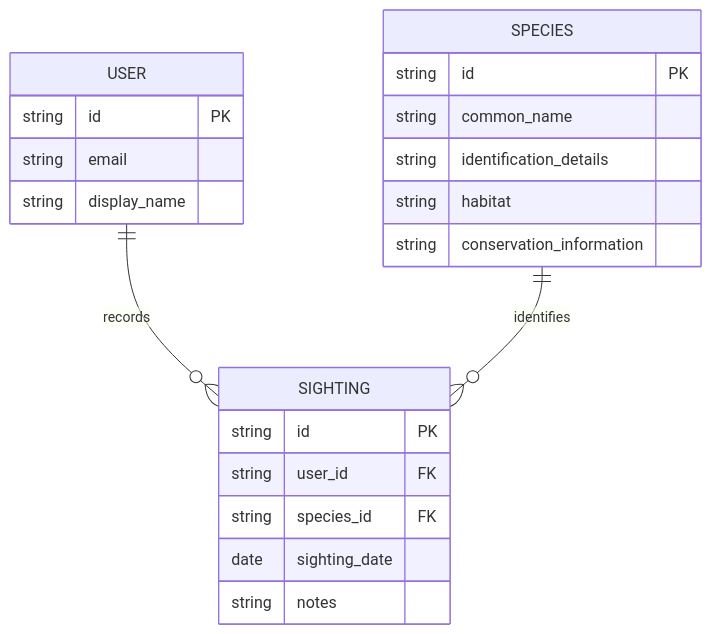
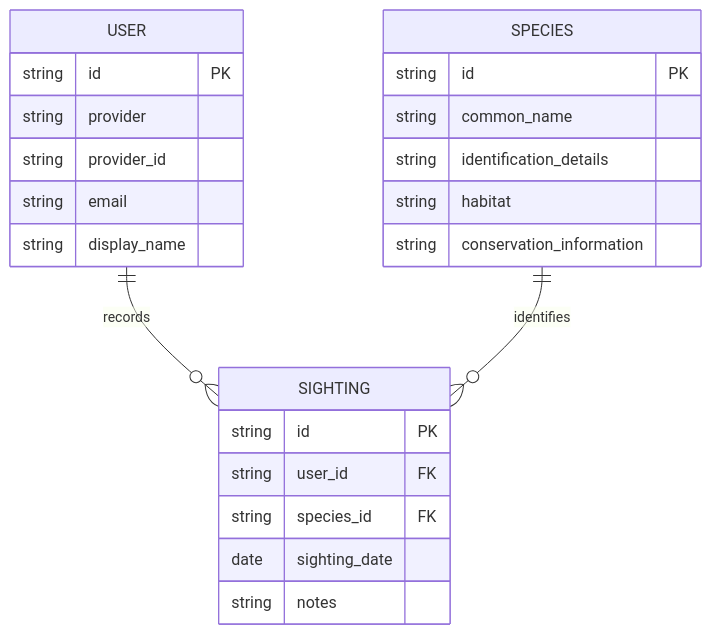
The diagram in docs/erd.md (cst-438-p3-g5/sea-animal-discovery), drawn with Mermaid before and after one commit. The commit also changed 6 other files, not shown here.

````diff
--- a/docs/erd.md
+++ b/docs/erd.md
@@ -2,27 +2,29 @@
 ```mermaid
 erDiagram
     USER ||--o{ SIGHTING : records
     SPECIES ||--o{ SIGHTING : identifies
 
     USER {
         string id PK
+        string provider
+        string provider_id
         string email
         string display_name
     }
 
     SPECIES {
         string id PK
         string common_name
         string identification_details
         string habitat
         string conservation_information
     }
 
     SIGHTING {
         string id PK
         string user_id FK
         string species_id FK
         date sighting_date
         string notes
     }
 ```
````
